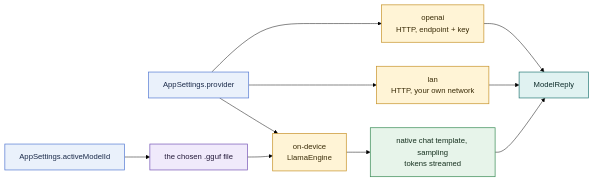
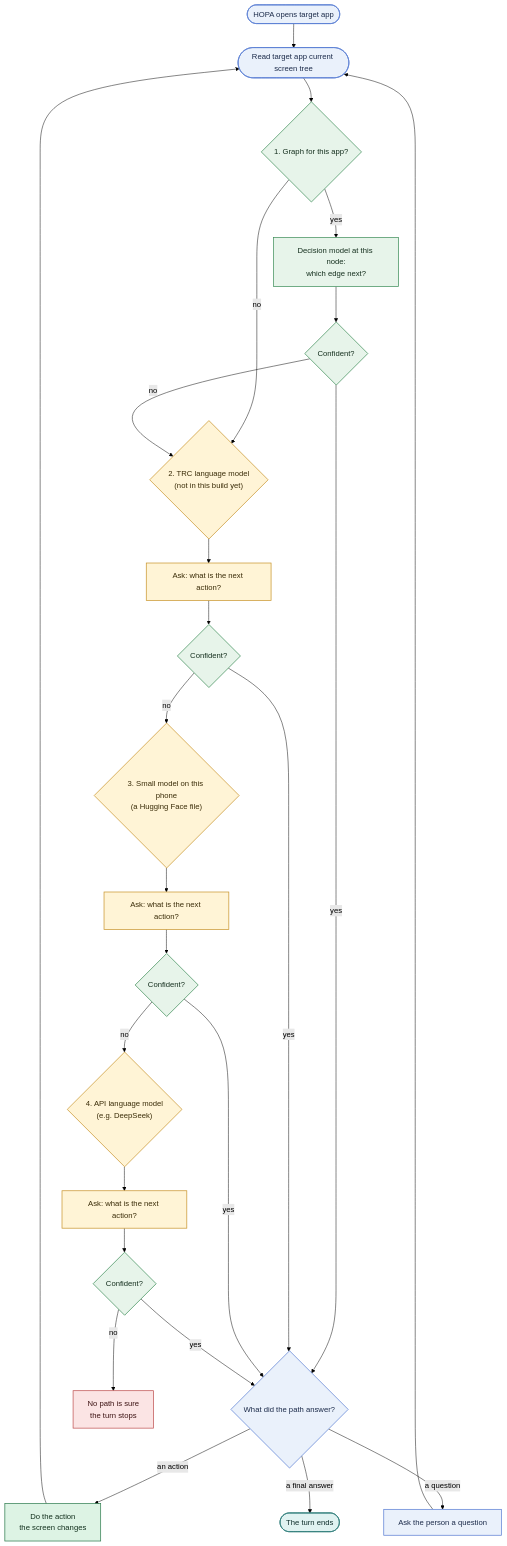
The third of 3 diagrams in docs/design/architecture/turn-flow.md (ChayaLevi/hopa), drawn with Mermaid (forest theme) before and after one commit. The commit also changed other lines of this file and 21 other files, not shown here.

First line of the commit message:
docs(architecture): one picture of a turn, shaped like the turn (#138)

````diff
--- a/docs/design/architecture/turn-flow.md
+++ b/docs/design/architecture/turn-flow.md
@@ -209,25 +78,43 @@
 ```mermaid
-flowchart LR
+flowchart TD
+  IN(["HOPA opens target app"]) --> S(["Read target app current screen tree"])
+  S --> G{"1. Graph for this app?"}
+  G -->|"yes"| GD["Decision model at this node:<br/>which edge next?"]
+  GD --> C1{"Confident?"}
+  G -->|"no"| T
+  C1 -->|"yes"| KIND
+  C1 -->|"no"| T{"2. TRC language model<br/>(not in this build yet)"}
+  T --> TD["Ask: what is the next action?"]
+  TD --> C2{"Confident?"}
+  C2 -->|"yes"| KIND
+  C2 -->|"no"| H{"3. Small model on this phone<br/>(a Hugging Face file)"}
+  H --> HD["Ask: what is the next action?"]
+  HD --> C3{"Confident?"}
+  C3 -->|"yes"| KIND
+  C3 -->|"no"| A{"4. API language model<br/>(e.g. DeepSeek)"}
+  A --> AD["Ask: what is the next action?"]
+  AD --> C4{"Confident?"}
+  C4 -->|"yes"| KIND
+  C4 -->|"no"| FAIL["No path is sure<br/>the turn stops"]:::stop
+  KIND{"What did the path answer?"}
+  KIND -->|"an action"| ACT["Do the action<br/>the screen changes"]
+  ACT --> S
+  KIND -->|"a question"| ASK["Ask the person a question"]:::execute
+  ASK --> S
+  KIND -->|"a final answer"| END(["The turn ends"]):::answer
+
   classDef io fill:#EAF1FB,stroke:#5B7FD4,color:#1C2B4A,stroke-width:1.5px
   classDef core fill:#E7F4EA,stroke:#3F8F5A,color:#16301F,stroke-width:1.5px
   classDef model fill:#FFF4D6,stroke:#C9962F,color:#3A2C08,stroke-width:1.5px
-  classDef result fill:#E0F2F1,stroke:#2F7D7A,color:#0F2E2C,stroke-width:1.5px
-  classDef store fill:#F0EAFB,stroke:#7A5AB8,color:#241A3A,stroke-width:1.5px
+  classDef execute fill:#DDF3E4,stroke:#2F7D4F,color:#12301D,stroke-width:1.5px
+  classDef answer fill:#E0F2F1,stroke:#2F7D7A,color:#0F2E2C,stroke-width:1.5px
+  classDef question fill:#EAF1FB,stroke:#5B7FD4,color:#1C2B4A,stroke-width:1.5px,stroke-dasharray:5 3
   classDef stop fill:#FBE4E4,stroke:#BF5252,color:#3D1414,stroke-width:1.5px
-  A["AppSettings.provider"] --> B["openai<br/>HTTP, endpoint + key"]
-  A --> C["lan<br/>HTTP, your own network"]
-  A --> D["on-device<br/>LlamaEngine"]
-  E["AppSettings.activeModelId"] --> F["the chosen .gguf file"]
-  F --> D
-  D --> G["native chat template, sampling<br/>tokens streamed"]
-  B --> H["ModelReply"]
-  C --> H
-  G --> H
 
-
-  class A,E io
-  class B,C,D model
-  class F store
-  class G core
-  class H result
+  class IN,S,KIND,ASK io
+  class G,GD,C1,C2,C3,C4 core
+  class T,TD,H,HD,A,AD model
+  class ACT execute
+  class END answer
+  class FAIL stop
 ```
````
